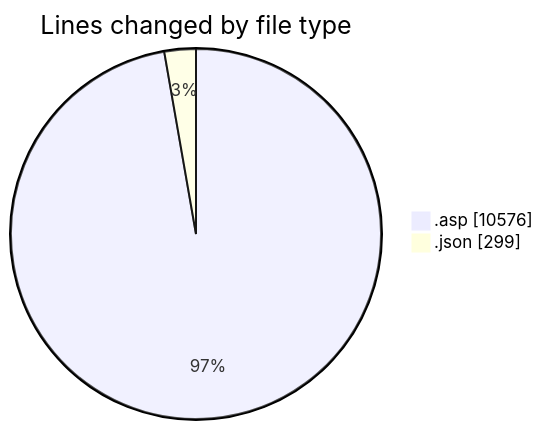
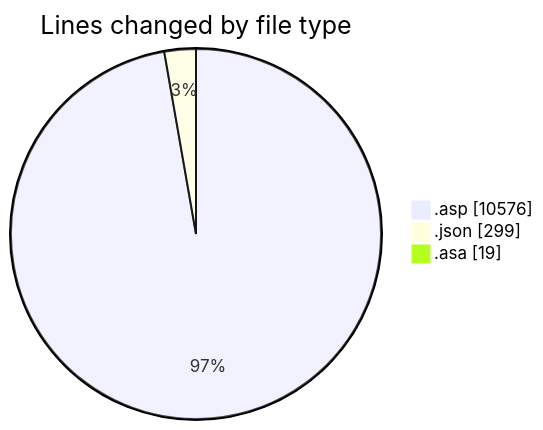
Before and after one commit to julien-gomy/code-tracking: the first of 2 diagrams in 2025-11-15/usr_aleoudev_fr__workspace_/README.md, drawn with Mermaid. The commit also changed other lines of this file and 1 other file, not shown here.

````diff
--- a/2025-11-15/usr_aleoudev_fr__workspace_/README.md
+++ b/2025-11-15/usr_aleoudev_fr__workspace_/README.md
@@ -28,6 +29,7 @@
 ```mermaid
 pie showData
 title Lines changed by file type
 ".asp" : 10576
 ".json" : 299
+".asa" : 19
 ```
````
